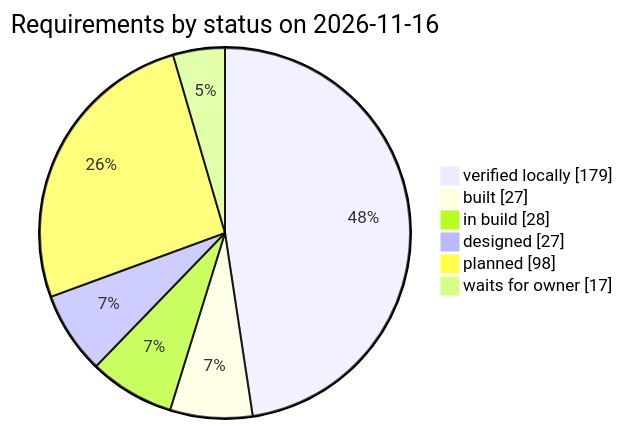
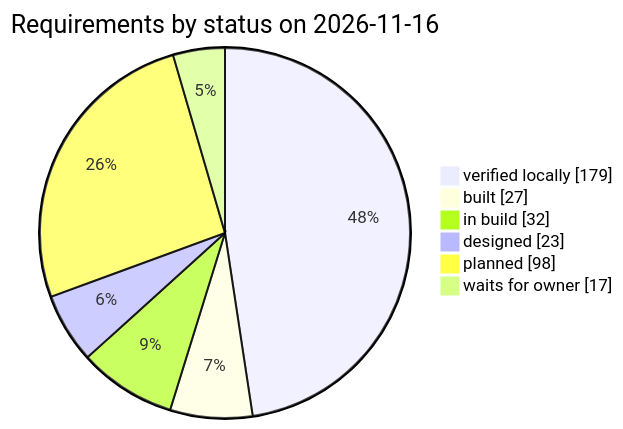
One commit to qa-io-vn/fnb-manager changed the third of 3 diagrams in docs/requirements.md. Above: the diagram before and after it, drawn with Mermaid. The commit also changed other lines of this file and 36 other files, not shown here.

````diff
--- a/docs/requirements.md
+++ b/docs/requirements.md
@@ -982,10 +982,10 @@
 ```mermaid
 pie showData
     title Requirements by status on 2026-11-16
     "verified locally" : 179
     "built" : 27
-    "in build" : 28
-    "designed" : 27
+    "in build" : 32
+    "designed" : 23
     "planned" : 98
     "waits for owner" : 17
 ```
````
